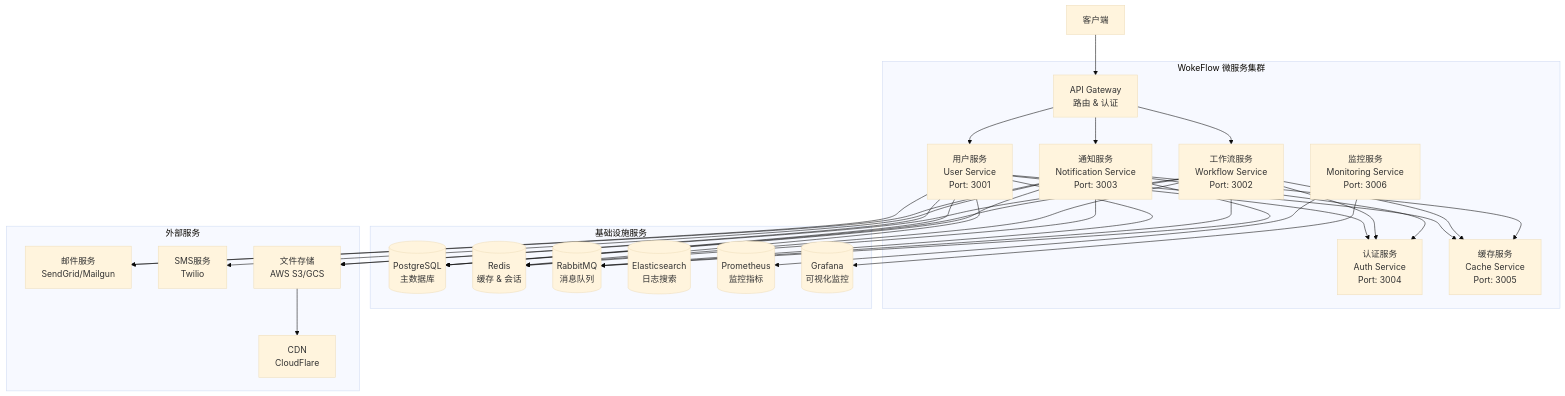
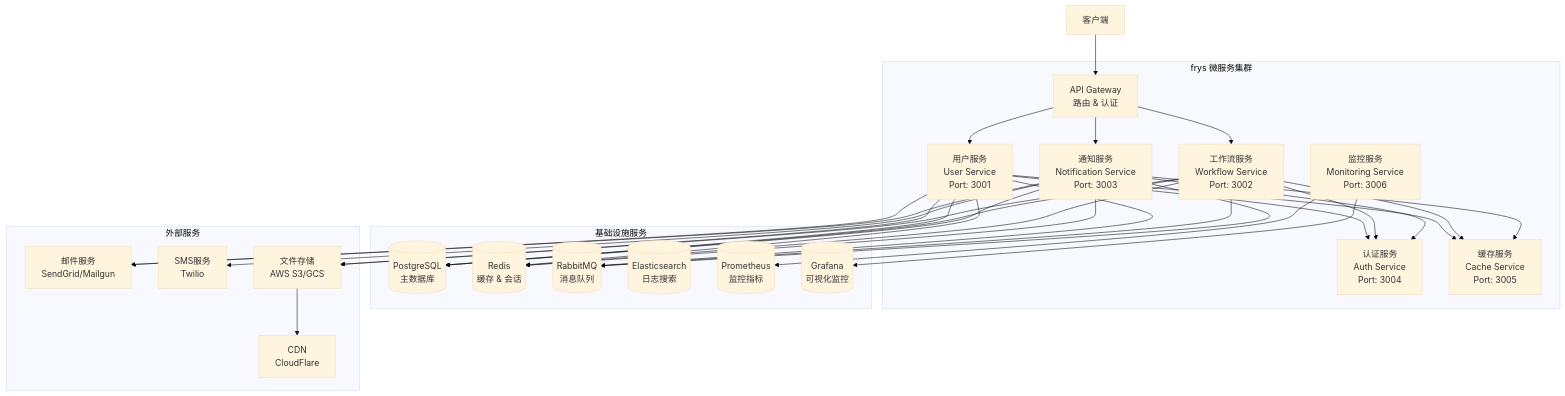
The third of 14 diagrams in docs/system-architecture.md (zycxfyh/frys), drawn with Mermaid (base theme) before and after one commit. The commit also changed other lines of this file and 137 other files, not shown here.

````diff
--- a/docs/system-architecture.md
+++ b/docs/system-architecture.md
@@ -110,69 +110,69 @@
 ```mermaid
 graph TB
-    subgraph "WokeFlow 微服务集群"
+    subgraph "frys 微服务集群"
         API_GATEWAY[API Gateway<br/>路由 & 认证]
 
         USER_SVC[用户服务<br/>User Service<br/>Port: 3001]
         WORKFLOW_SVC[工作流服务<br/>Workflow Service<br/>Port: 3002]
         NOTIFICATION_SVC[通知服务<br/>Notification Service<br/>Port: 3003]
 
         AUTH_SVC[认证服务<br/>Auth Service<br/>Port: 3004]
         CACHE_SVC[缓存服务<br/>Cache Service<br/>Port: 3005]
         MONITORING_SVC[监控服务<br/>Monitoring Service<br/>Port: 3006]
     end
 
     subgraph "基础设施服务"
         POSTGRES[(PostgreSQL<br/>主数据库)]
         REDIS[(Redis<br/>缓存 & 会话)]
         RABBITMQ[(RabbitMQ<br/>消息队列)]
         ELASTIC[(Elasticsearch<br/>日志搜索)]
         PROMETHEUS[(Prometheus<br/>监控指标)]
         GRAFANA[(Grafana<br/>可视化监控)]
     end
 
     subgraph "外部服务"
         EMAIL[邮件服务<br/>SendGrid/Mailgun]
         SMS[SMS服务<br/>Twilio]
         STORAGE[文件存储<br/>AWS S3/GCS]
         CDN[CDN<br/>CloudFlare]
     end
 
     CLIENT[客户端] --> API_GATEWAY
 
     API_GATEWAY --> USER_SVC
     API_GATEWAY --> WORKFLOW_SVC
     API_GATEWAY --> NOTIFICATION_SVC
 
     USER_SVC --> AUTH_SVC
     WORKFLOW_SVC --> AUTH_SVC
     NOTIFICATION_SVC --> AUTH_SVC
 
     USER_SVC --> CACHE_SVC
     WORKFLOW_SVC --> CACHE_SVC
     NOTIFICATION_SVC --> CACHE_SVC
 
     USER_SVC --> POSTGRES
     WORKFLOW_SVC --> POSTGRES
     NOTIFICATION_SVC --> POSTGRES
 
     USER_SVC --> REDIS
     WORKFLOW_SVC --> REDIS
     NOTIFICATION_SVC --> REDIS
 
     USER_SVC --> RABBITMQ
     WORKFLOW_SVC --> RABBITMQ
     NOTIFICATION_SVC --> RABBITMQ
 
     MONITORING_SVC --> PROMETHEUS
     MONITORING_SVC --> GRAFANA
 
     USER_SVC --> EMAIL
     NOTIFICATION_SVC --> EMAIL
 
     NOTIFICATION_SVC --> SMS
 
     USER_SVC --> STORAGE
     WORKFLOW_SVC --> STORAGE
 
     STORAGE --> CDN
 ```
````
